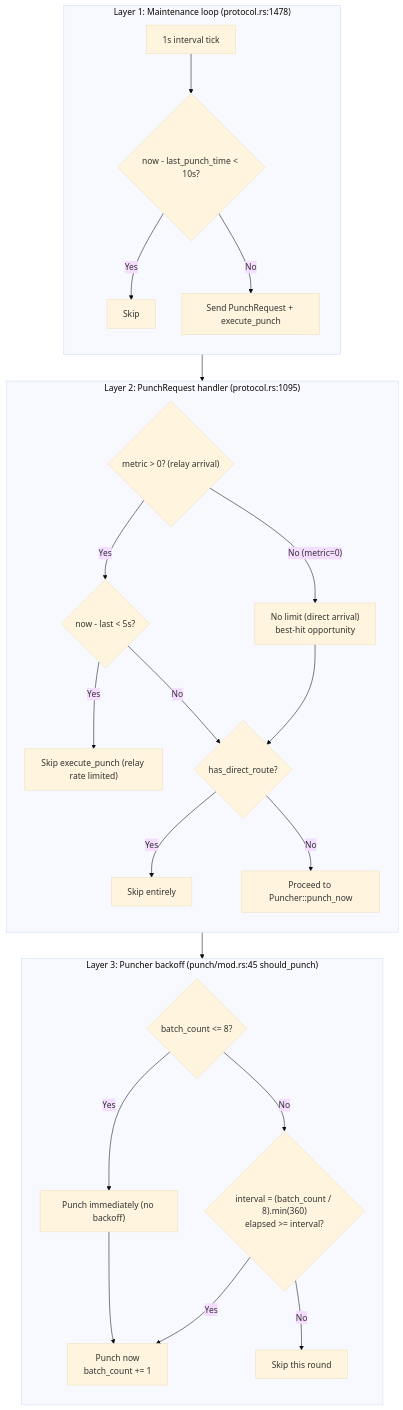
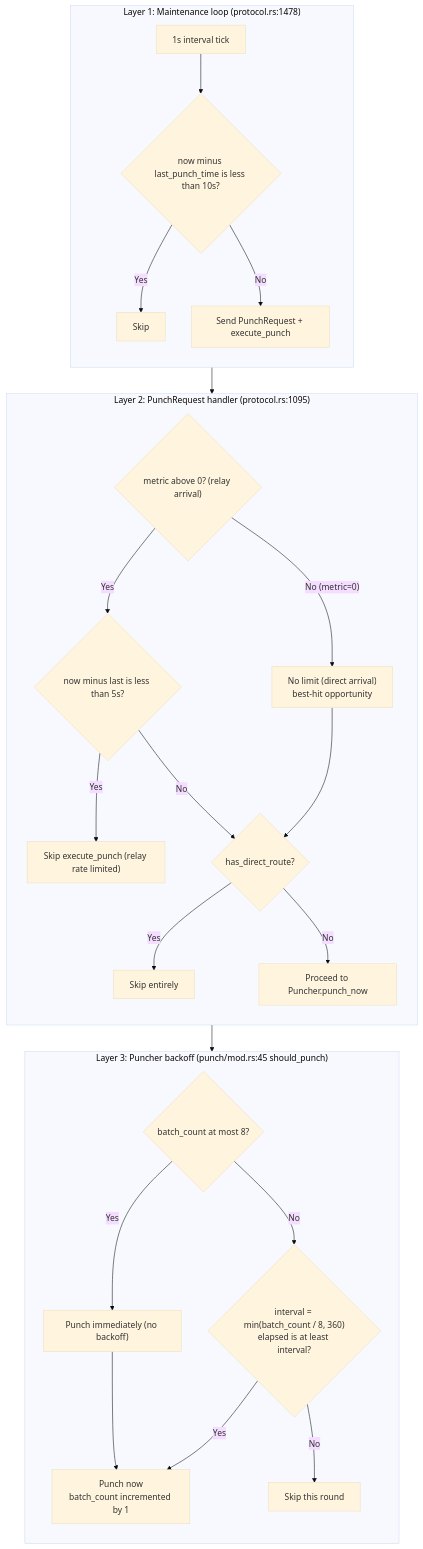
Before and after one commit to rustp2p/rustp2p: diagram 27 of 27 in docs/nat-punch-principles.md, drawn with Mermaid (base theme). The commit also changed other lines of this file, not shown here.

First line of the commit message:
docs: 修正 nat-punch-principles 中 Mermaid 连线语法渲染错误 (#24)

````diff
--- a/docs/nat-punch-principles.md
+++ b/docs/nat-punch-principles.md
@@ -1126,48 +1126,48 @@
 ```mermaid
 flowchart TD
     subgraph L1["Layer 1: Maintenance loop (protocol.rs:1478)"]
         direction TB
         L1A["1s interval tick"]
-        L1B{"now - last_punch_time < 10s?"}
+        L1B{"now minus last_punch_time is less than 10s?"}
         L1C["Skip"]
         L1D["Send PunchRequest + execute_punch"]
         L1A --> L1B
         L1B -->|"Yes"| L1C
         L1B -->|"No"| L1D
     end
 
     subgraph L2["Layer 2: PunchRequest handler (protocol.rs:1095)"]
         direction TB
-        L2A{"metric > 0? (relay arrival)"}
-        L2B{"now - last &lt; 5s?"}
+        L2A{"metric above 0? (relay arrival)"}
+        L2B{"now minus last is less than 5s?"}
         L2C["Skip execute_punch (relay rate limited)"]
         L2D["No limit (direct arrival)<br/>best-hit opportunity"]
         L2E{"has_direct_route?"}
         L2F["Skip entirely"]
-        L2G["Proceed to Puncher::punch_now"]
+        L2G["Proceed to Puncher.punch_now"]
         L2A -->|"Yes"| L2B
         L2B -->|"Yes"| L2C
         L2B -->|"No"| L2E
         L2A -->|"No (metric=0)"| L2D
         L2D --> L2E
         L2E -->|"Yes"| L2F
         L2E -->|"No"| L2G
     end
 
     subgraph L3["Layer 3: Puncher backoff (punch/mod.rs:45 should_punch)"]
         direction TB
-        L3A{"batch_count <= 8?"}
+        L3A{"batch_count at most 8?"}
         L3B["Punch immediately (no backoff)"]
-        L3C{"interval = (batch_count / 8).min(360)<br/>elapsed >= interval?"}
-        L3D["Punch now<br/>batch_count += 1"]
+        L3C{"interval = min(batch_count / 8, 360)<br/>elapsed is at least interval?"}
+        L3D["Punch now<br/>batch_count incremented by 1"]
         L3E["Skip this round"]
         L3A -->|"Yes"| L3B
         L3A -->|"No"| L3C
         L3B --> L3D
         L3C -->|"Yes"| L3D
         L3C -->|"No"| L3E
     end
 
     L1D --> L2A
     L2G --> L3A
 ```
````
